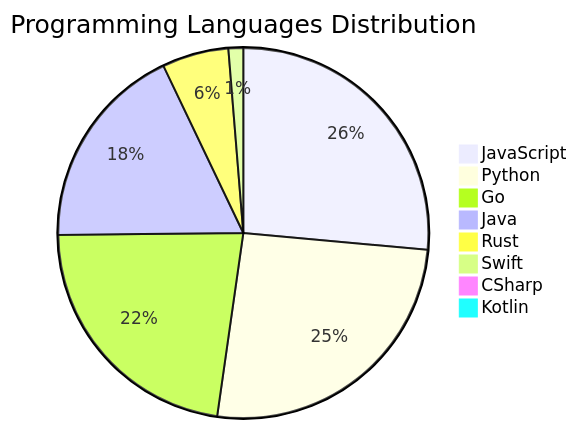
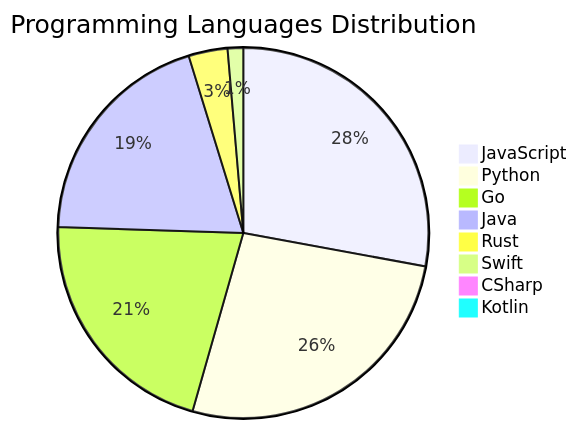
The diagram in README.md (Derrick-MUGISHA/github-activity-bot), drawn with Mermaid before and after one commit. The commit also changed other lines of this file and 4 other files, not shown here.

````diff
--- a/README.md
+++ b/README.md
@@ -208,11 +208,11 @@
 ```mermaid
 pie title Programming Languages Distribution
     "JavaScript" : 41
-    "Python" : 40
-    "Go" : 35
-    "Java" : 28
-    "Rust" : 9
+    "Python" : 39
+    "Go" : 31
+    "Java" : 29
+    "Rust" : 5
     "Swift" : 2
     "CSharp" : 1
     "Kotlin" : 1
 ```
````
